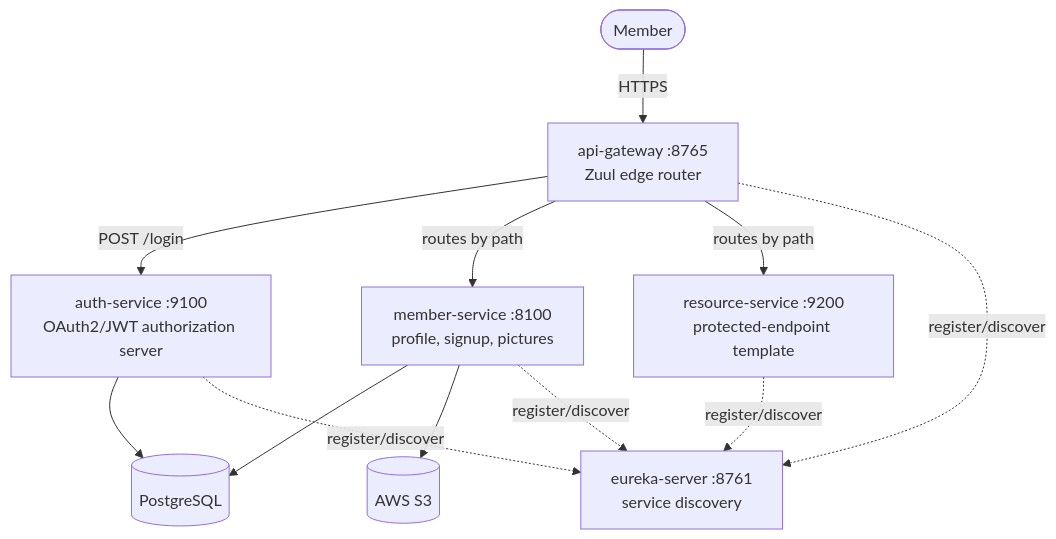
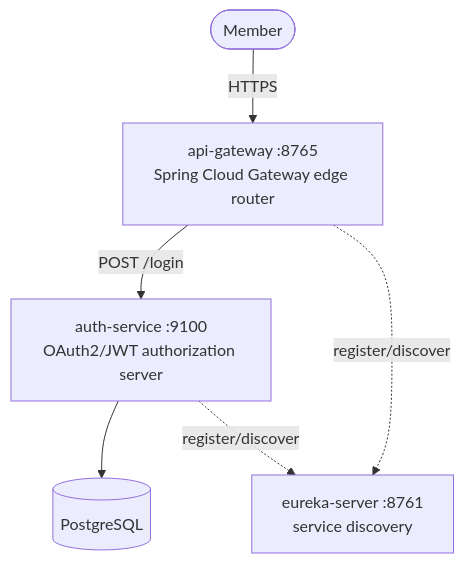
Before and after one commit to TareqAlhashash/microservices: the second of 3 diagrams in README.md, drawn with Mermaid. The commit also changed other lines of this file and 7 other files, not shown here.

First line of the commit message:
Document the Spring Boot 4 migration, OAuth2 removal, and eureka-server fix

````diff
--- a/README.md
+++ b/README.md
@@ -32,23 +29,14 @@
 ```mermaid
 graph TB
     Member([Member])
-    GW["api-gateway :8765<br/>Zuul edge router"]
+    GW["api-gateway :8765<br/>Spring Cloud Gateway edge router"]
     Auth["auth-service :9100<br/>OAuth2/JWT authorization server"]
-    MemberSvc["member-service :8100<br/>profile, signup, pictures"]
-    Resource["resource-service :9200<br/>protected-endpoint template"]
     Eureka["eureka-server :8761<br/>service discovery"]
     DB[(PostgreSQL)]
-    S3[(AWS S3)]
 
     Member -->|HTTPS| GW
     GW -->|POST /login| Auth
-    GW -->|routes by path| MemberSvc
-    GW -->|routes by path| Resource
     Auth --> DB
-    MemberSvc --> DB
-    MemberSvc --> S3
     GW -.->|register/discover| Eureka
     Auth -.->|register/discover| Eureka
-    MemberSvc -.->|register/discover| Eureka
-    Resource -.->|register/discover| Eureka
 ```
````
